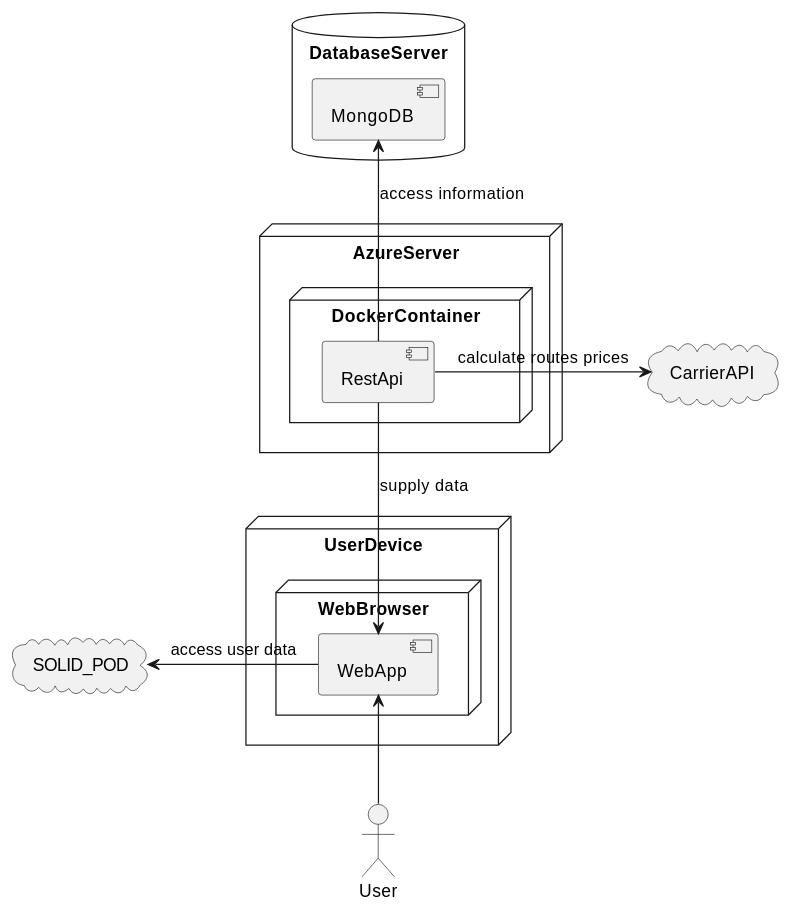
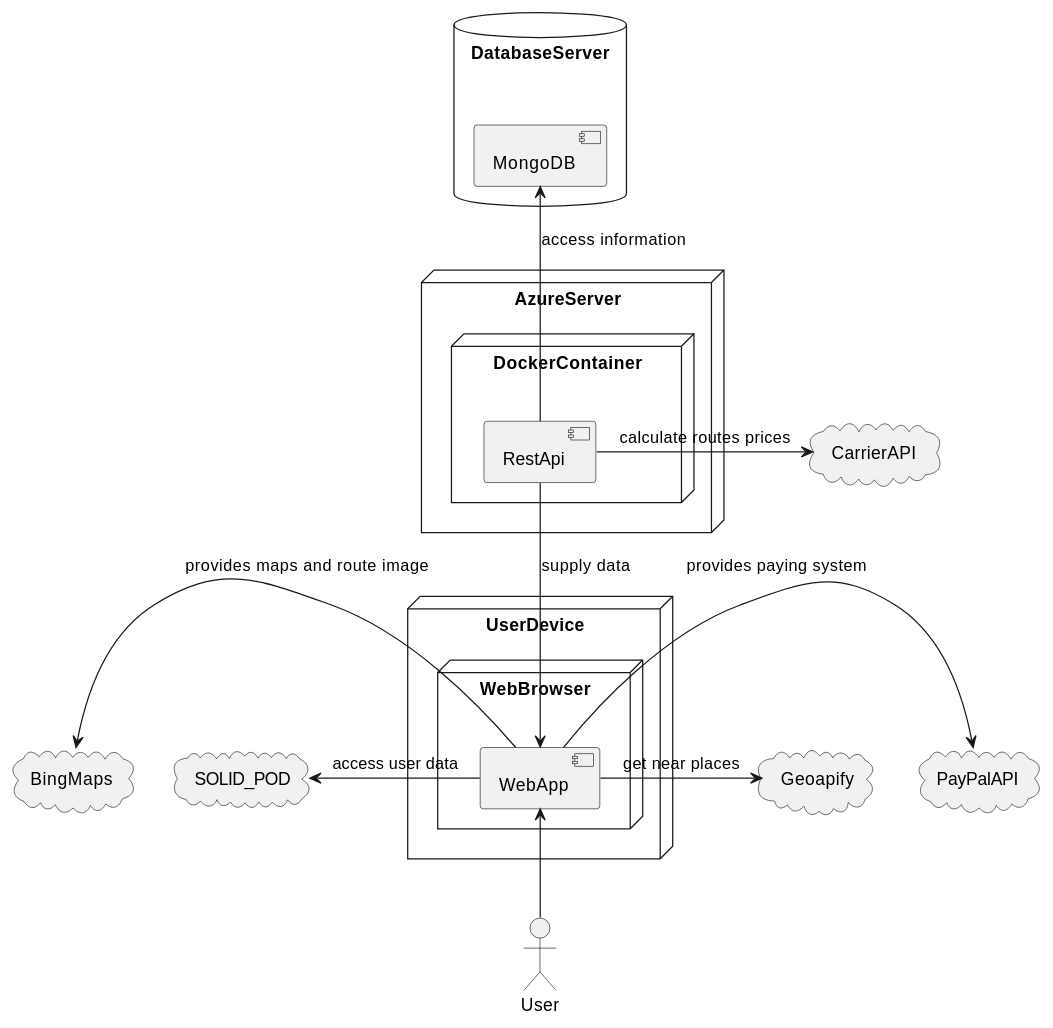
Before and after one commit to Arquisoft/dede_en2a: the diagram in docs/07_deployment_view.adoc, drawn with PlantUML. The commit also changed other lines of this file, not shown here.

Commit message:
Add changes

```diff
--- a/docs/07_deployment_view.adoc
+++ b/docs/07_deployment_view.adoc
@@ -40,33 +40,39 @@
 [plantuml, "07_DeploymentView", png]
 ----
 @startuml 07_DeploymentView_V0
 
 node AzureServer{
     node DockerContainer {
         component RestApi
     }
 }
 
 node UserDevice {
     node WebBrowser {
         component WebApp
     }
 }
 
 database DatabaseServer {
     component MongoDB
 }
 
 Actor User
 
 cloud SOLID_POD
 cloud CarrierAPI
+cloud BingMaps
+cloud Geoapify
+cloud PayPalAPI
 
 RestApi -u-> MongoDB : "access information"
 WebApp -l-> SOLID_POD : "access user data"
+WebApp -l-> BingMaps : "provides maps and route image"
+WebApp -r-> Geoapify : "get near places"
+WebApp -r-> PayPalAPI : "provides paying system"
 RestApi -d-> WebApp : "supply data"
 RestApi -r-> CarrierAPI : "calculate routes prices"
 WebApp <-d- User
 
 @enduml
 ----
```
